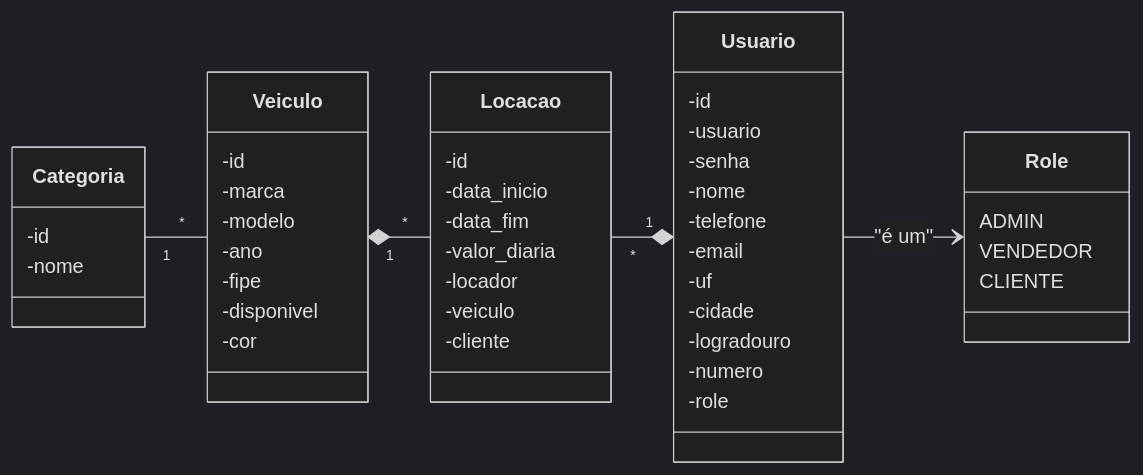
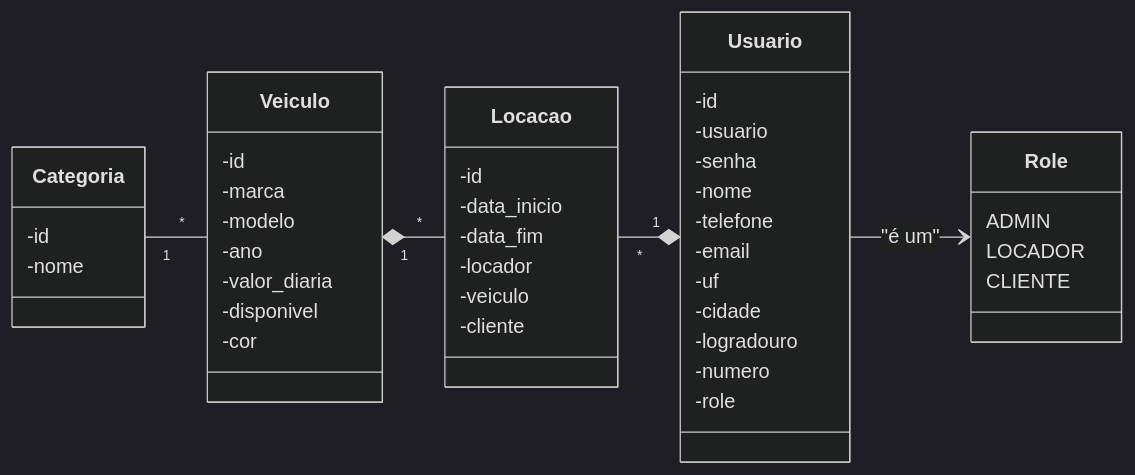
Before and after one commit to profBruno-UFC-Qx/classroom-web2-projeto-final-smartauto: the diagram in README.md, drawn with Mermaid (dark theme). The commit also changed other lines of this file and 3 other files, not shown here.

````diff
--- a/README.md
+++ b/README.md
@@ -42,57 +44,56 @@
 ```mermaid
 
 classDiagram
 direction LR
 class Usuario {
   -id
   -usuario
   -senha
   -nome
   -telefone
   -email
   -uf
   -cidade
   -logradouro
   -numero
   -role
 
 }
 class Role{
     ADMIN
-    VENDEDOR
+    LOCADOR
     CLIENTE
 }
 Usuario --> Role : "é um"
 
 
 class Locacao {
   -id
   -data_inicio
   -data_fim
-  -valor_diaria
   -locador
   -veiculo
   -cliente
 
 }
 
 class Veiculo {
   -id
   -marca
   -modelo
   -ano
-  -fipe
+  -valor_diaria
   -disponivel
   -cor
 }
 
 class Categoria{
   -id
   -nome
 }
 Categoria "1"--"*" Veiculo
 
 Veiculo "1"*--"*" Locacao
 Locacao "*"--*"1" Usuario
 
 ```
````
